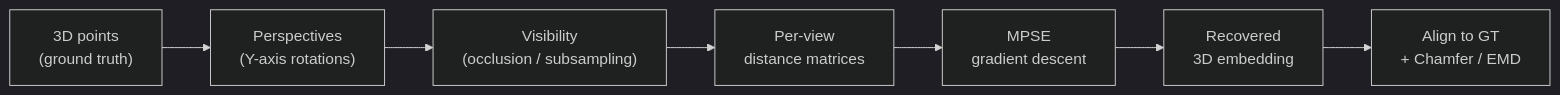
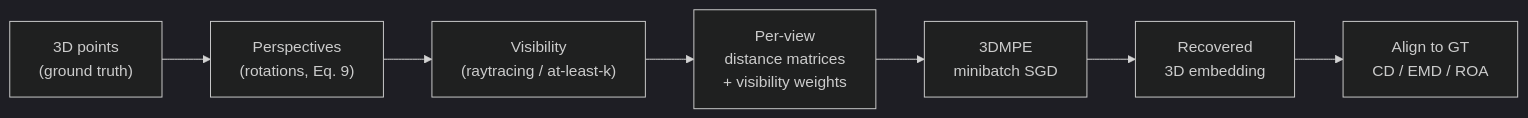
One commit to rahatzamancse/3DMPE changed the diagram in README.md. Above: the diagram before and after it, drawn with Mermaid (dark theme). The commit also changed other lines of this file and 18 other files, not shown here.

````diff
--- a/README.md
+++ b/README.md
@@ -19,9 +46,9 @@
 ```mermaid
 flowchart LR
-    A["3D points<br/>(ground truth)"] --> B["Perspectives<br/>(Y-axis rotations)"]
-    B --> C["Visibility<br/>(occlusion / subsampling)"]
-    C --> D["Per-view<br/>distance matrices"]
-    D --> E["MPSE<br/>gradient descent"]
+    A["3D points<br/>(ground truth)"] --> B["Perspectives<br/>(rotations, Eq. 9)"]
+    B --> C["Visibility<br/>(raytracing / at-least-k)"]
+    C --> D["Per-view<br/>distance matrices<br/>+ visibility weights"]
+    D --> E["3DMPE<br/>minibatch SGD"]
     E --> F["Recovered<br/>3D embedding"]
-    F --> G["Align to GT<br/>+ Chamfer / EMD"]
+    F --> G["Align to GT<br/>CD / EMD / ROA"]
 ```
````
